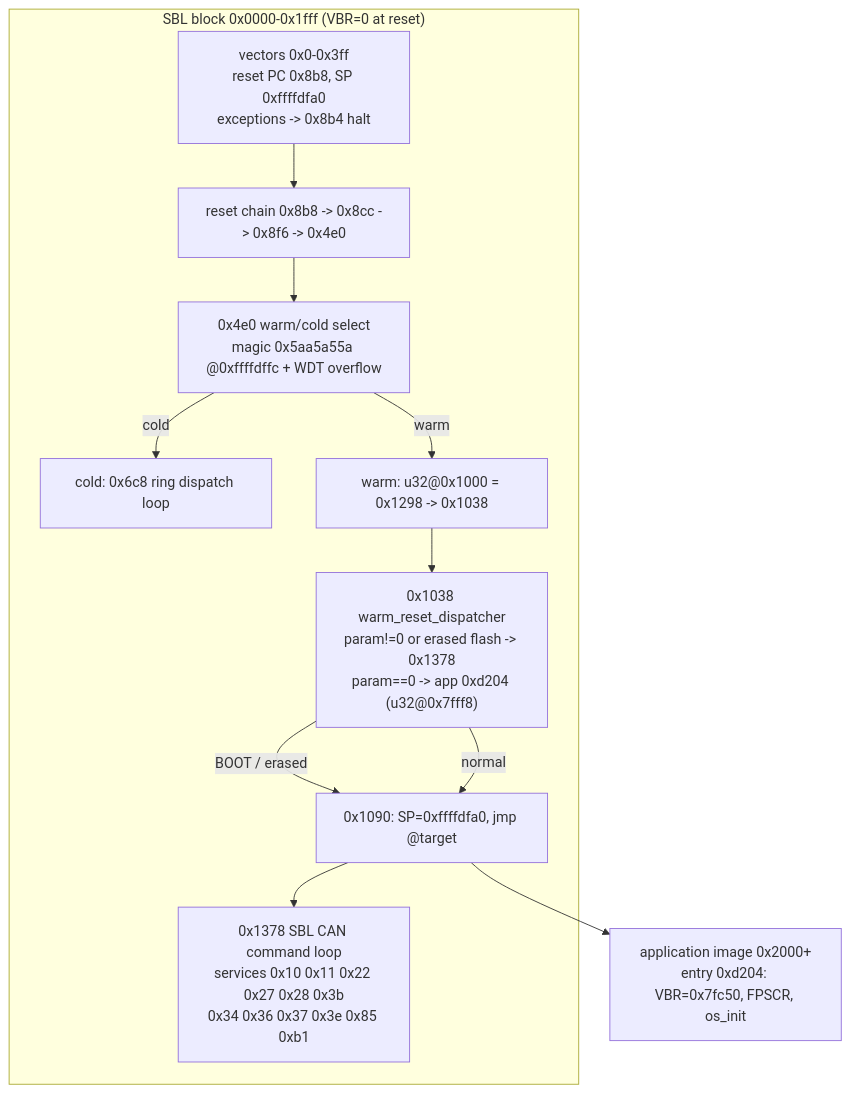
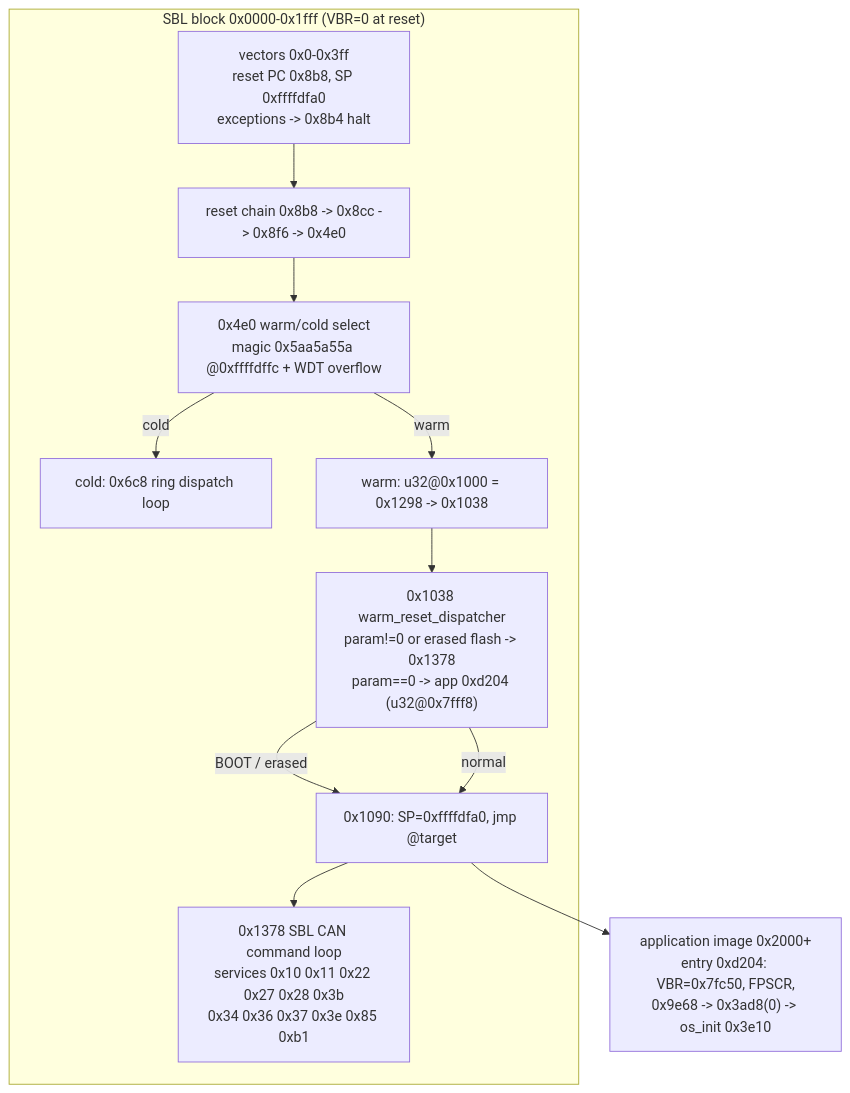
One commit to sirhamsteralot/HEE-Rx8-Reverse-Engineering changed the first of 2 diagrams in docs/subsystem-logic/sbl_bootloader_report.md. Above: the diagram before and after it, drawn with Mermaid. The commit also changed other lines of this file and 8 other files, not shown here.

````diff
--- a/docs/subsystem-logic/sbl_bootloader_report.md
+++ b/docs/subsystem-logic/sbl_bootloader_report.md
@@ -54,19 +55,19 @@
 ```mermaid
 flowchart TD
     subgraph SBL ["SBL block 0x0000-0x1fff (VBR=0 at reset)"]
         VEC["vectors 0x0-0x3ff<br/>reset PC 0x8b8, SP 0xffffdfa0<br/>exceptions -> 0x8b4 halt"]
         RESET["reset chain 0x8b8 -> 0x8cc -> 0x8f6 -> 0x4e0"]
         WC["0x4e0 warm/cold select<br/>magic 0x5aa5a55a @0xffffdffc + WDT overflow"]
         COLD["cold: 0x6c8 ring dispatch loop"]
         WARM["warm: u32@0x1000 = 0x1298 -> 0x1038"]
         DISP["0x1038 warm_reset_dispatcher<br/>param!=0 or erased flash -> 0x1378<br/>param==0 -> app 0xd204 (u32@0x7fff8)"]
         HO["0x1090: SP=0xffffdfa0, jmp @target"]
         LOOP["0x1378 SBL CAN command loop<br/>services 0x10 0x11 0x22 0x27 0x28 0x3b<br/>0x34 0x36 0x37 0x3e 0x85 0xb1"]
     end
-    APP["application image 0x2000+<br/>entry 0xd204: VBR=0x7fc50, FPSCR, os_init"]
+    APP["application image 0x2000+<br/>entry 0xd204: VBR=0x7fc50, FPSCR,<br/>0x9e68 -> 0x3ad8(0) -> os_init 0x3e10"]
     VEC --> RESET --> WC
     WC -->|cold| COLD
     WC -->|warm| WARM --> DISP
     DISP -->|BOOT / erased| HO --> LOOP
     DISP -->|normal| HO --> APP
 ```
````
